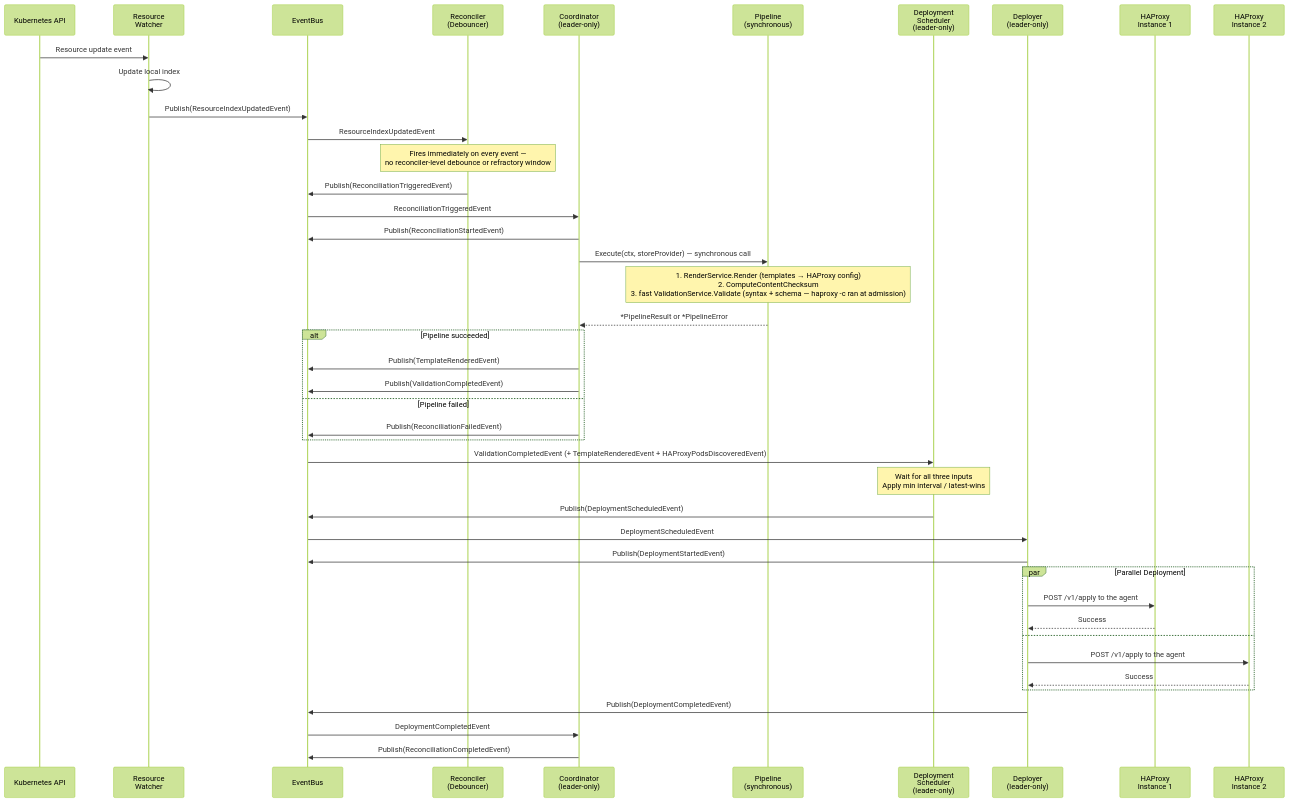
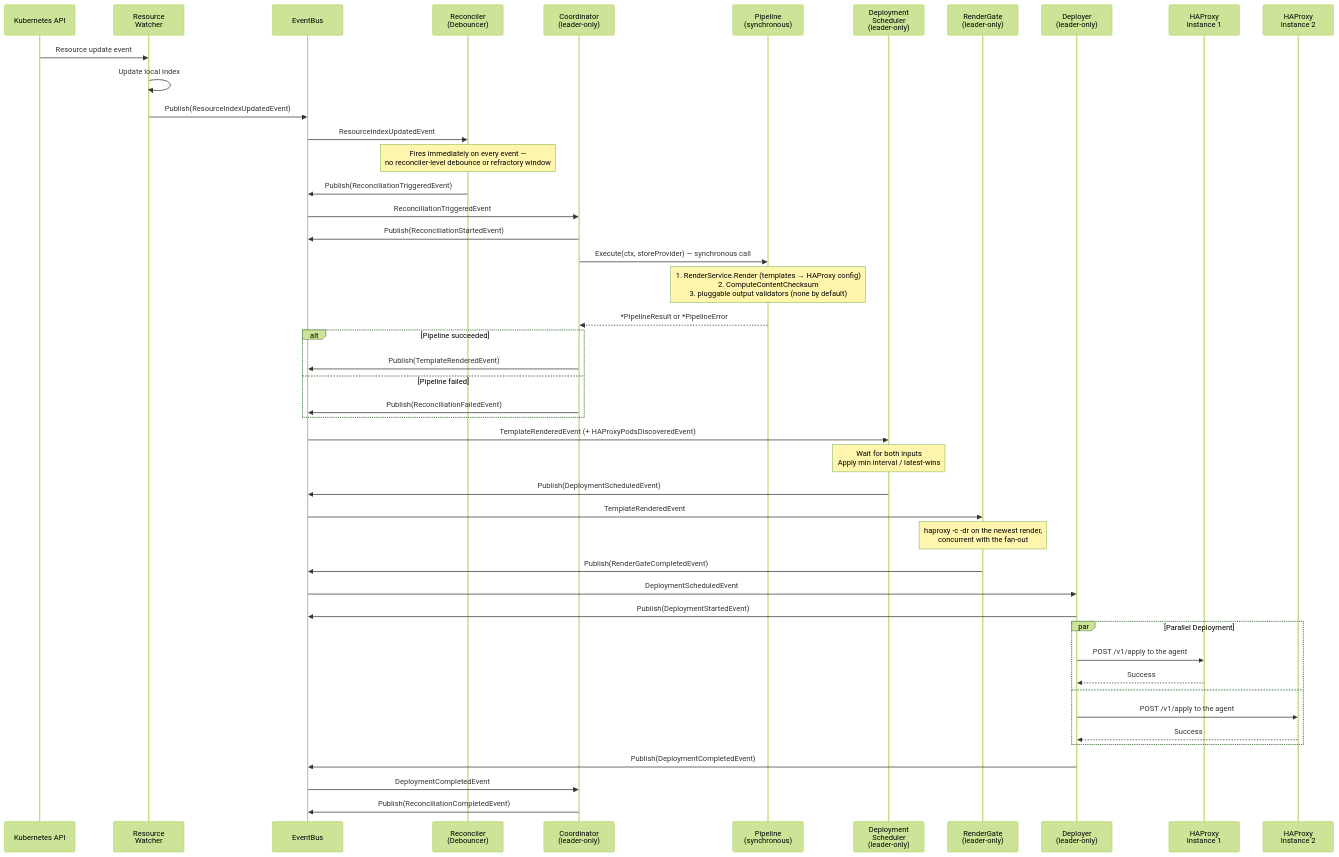
The second of 4 diagrams in docs/site/docs/development/design/sequence-diagrams.md (HAProxy-Template-IC/haproxy-template-ingress-controller), drawn with Mermaid (forest theme) before and after one commit. The commit also changed other lines of this file and 114 other files, not shown here.

````diff
--- a/docs/site/docs/development/design/sequence-diagrams.md
+++ b/docs/site/docs/development/design/sequence-diagrams.md
@@ -80,55 +80,59 @@
 ```mermaid
 sequenceDiagram
     participant K8S as Kubernetes API
     participant ResourceWatcher as Resource<br/>Watcher
     participant EventBus
     participant Reconciler as Reconciler<br/>(Debouncer)
     participant Coordinator as Coordinator<br/>(leader-only)
     participant Pipeline as Pipeline<br/>(synchronous)
     participant Scheduler as Deployment<br/>Scheduler<br/>(leader-only)
+    participant RenderGate as RenderGate<br/>(leader-only)
     participant Deployer as Deployer<br/>(leader-only)
     participant HAProxy1 as HAProxy<br/>Instance 1
     participant HAProxy2 as HAProxy<br/>Instance 2
 
     K8S->>ResourceWatcher: Resource update event
     ResourceWatcher->>ResourceWatcher: Update local index
     ResourceWatcher->>EventBus: Publish(ResourceIndexUpdatedEvent)
 
     EventBus->>Reconciler: ResourceIndexUpdatedEvent
     Note over Reconciler: Fires immediately on every event —<br/>no reconciler-level debounce or refractory window
 
     Reconciler->>EventBus: Publish(ReconciliationTriggeredEvent)
 
     EventBus->>Coordinator: ReconciliationTriggeredEvent
     Coordinator->>EventBus: Publish(ReconciliationStartedEvent)
 
     Coordinator->>Pipeline: Execute(ctx, storeProvider) — synchronous call
-    Note over Pipeline: 1. RenderService.Render (templates → HAProxy config)<br/>2. ComputeContentChecksum<br/>3. fast ValidationService.Validate (syntax + schema — haproxy -c ran at admission)
+    Note over Pipeline: 1. RenderService.Render (templates → HAProxy config)<br/>2. ComputeContentChecksum<br/>3. pluggable output validators (none by default)
     Pipeline-->>Coordinator: *PipelineResult or *PipelineError
 
     alt Pipeline succeeded
         Coordinator->>EventBus: Publish(TemplateRenderedEvent)
-        Coordinator->>EventBus: Publish(ValidationCompletedEvent)
     else Pipeline failed
         Coordinator->>EventBus: Publish(ReconciliationFailedEvent)
     end
 
-    EventBus->>Scheduler: ValidationCompletedEvent (+ TemplateRenderedEvent + HAProxyPodsDiscoveredEvent)
-    Note over Scheduler: Wait for all three inputs<br/>Apply min interval / latest-wins
+    EventBus->>Scheduler: TemplateRenderedEvent (+ HAProxyPodsDiscoveredEvent)
+    Note over Scheduler: Wait for both inputs<br/>Apply min interval / latest-wins
     Scheduler->>EventBus: Publish(DeploymentScheduledEvent)
+
+    EventBus->>RenderGate: TemplateRenderedEvent
+    Note over RenderGate: haproxy -c -dr on the newest render,<br/>concurrent with the fan-out
+    RenderGate->>EventBus: Publish(RenderGateCompletedEvent)
 
     EventBus->>Deployer: DeploymentScheduledEvent
     Deployer->>EventBus: Publish(DeploymentStartedEvent)
 
     par Parallel Deployment
         Deployer->>HAProxy1: POST /v1/apply to the agent
         HAProxy1-->>Deployer: Success
     and
         Deployer->>HAProxy2: POST /v1/apply to the agent
         HAProxy2-->>Deployer: Success
     end
 
     Deployer->>EventBus: Publish(DeploymentCompletedEvent)
     EventBus->>Coordinator: DeploymentCompletedEvent
     Coordinator->>EventBus: Publish(ReconciliationCompletedEvent)
 ```
````
